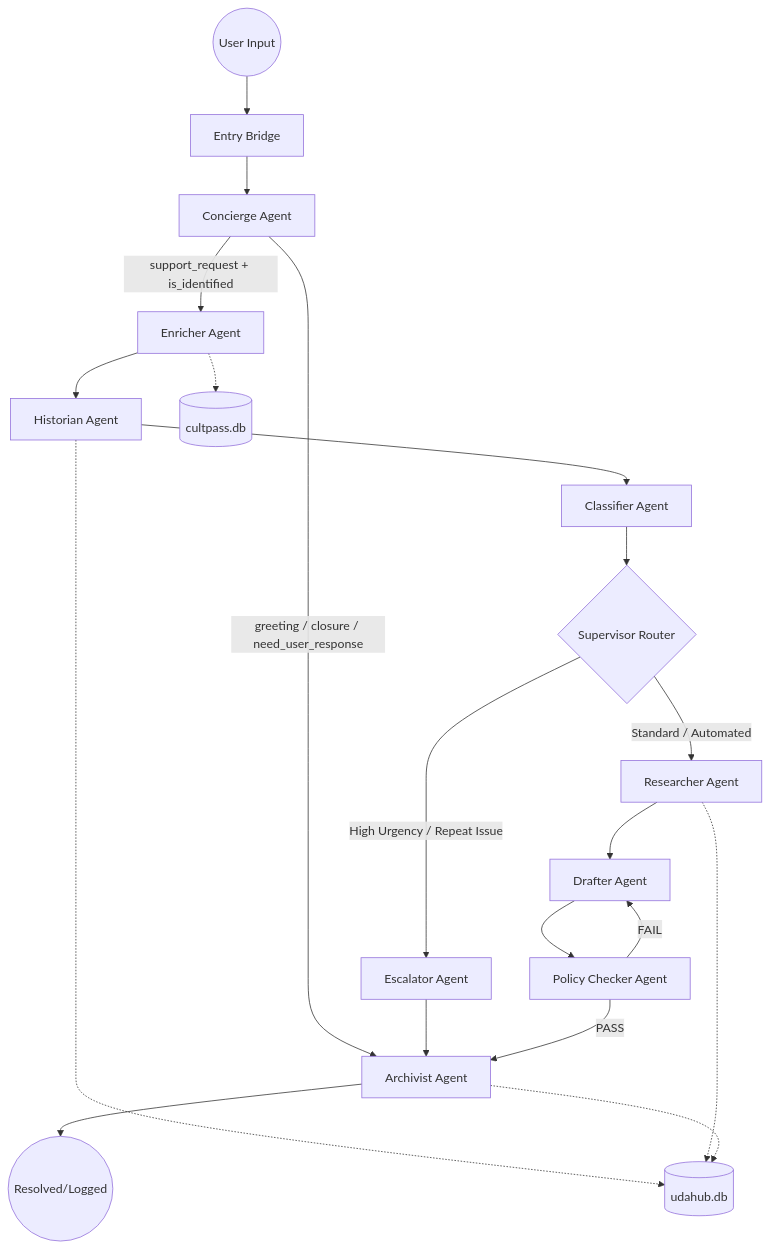
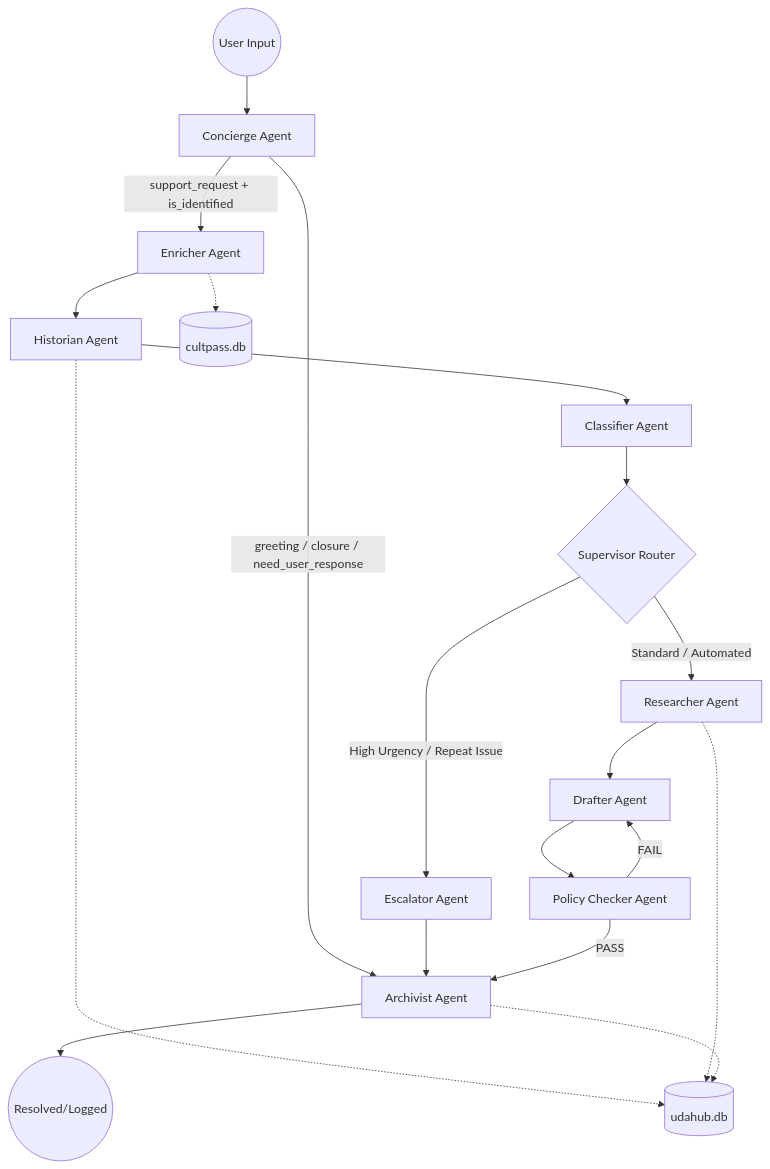
Before and after one commit to hsefati/uda_hub: the diagram in uda_hub/agentic/design/design_and_architecture.md, drawn with Mermaid.

Commit message:
docs: improved

````diff
--- a/uda_hub/agentic/design/design_and_architecture.md
+++ b/uda_hub/agentic/design/design_and_architecture.md
@@ -11,38 +11,37 @@
 ```mermaid
 graph TD
     %% Entry Point
-    Start((User Input)) --> Bridge[Entry Bridge]
-    Bridge --> Concierge[Concierge Agent]
+    Start((User Input)) --> Concierge[Concierge Agent]
 
     %% Concierge Identity Gate
     Concierge -- "support_request + is_identified" --> Enricher[Enricher Agent]
     Concierge -- "greeting / closure / need_user_response" --> Archivist[Archivist Agent]
 
     %% Authenticated Heavy Path
     Enricher --> Historian[Historian Agent]
     Historian --> Classifier[Classifier Agent]
 
     %% Technical Routing
     Classifier --> Supervisor{Supervisor Router}
     Supervisor -- "Standard / Automated" --> Researcher[Researcher Agent]
     Supervisor -- "High Urgency / Repeat Issue" --> Escalator[Escalator Agent]
 
     %% Main Automation Loop
     Researcher --> Drafter[Drafter Agent]
     Drafter --> QA[Policy Checker Agent]
 
     %% Self-Correction Loop
     QA -- "FAIL" --> Drafter
 
     %% Finalization
     Escalator --> Archivist
     QA -- "PASS" --> Archivist
 
     Archivist --> End((Resolved/Logged))
 
     %% Data Connections
     Enricher -.-> DB_CP[(cultpass.db)]
     Historian -.-> DB_UD[(udahub.db)]
     Researcher -.-> DB_UD
     Archivist -.-> DB_UD
 ```
````
